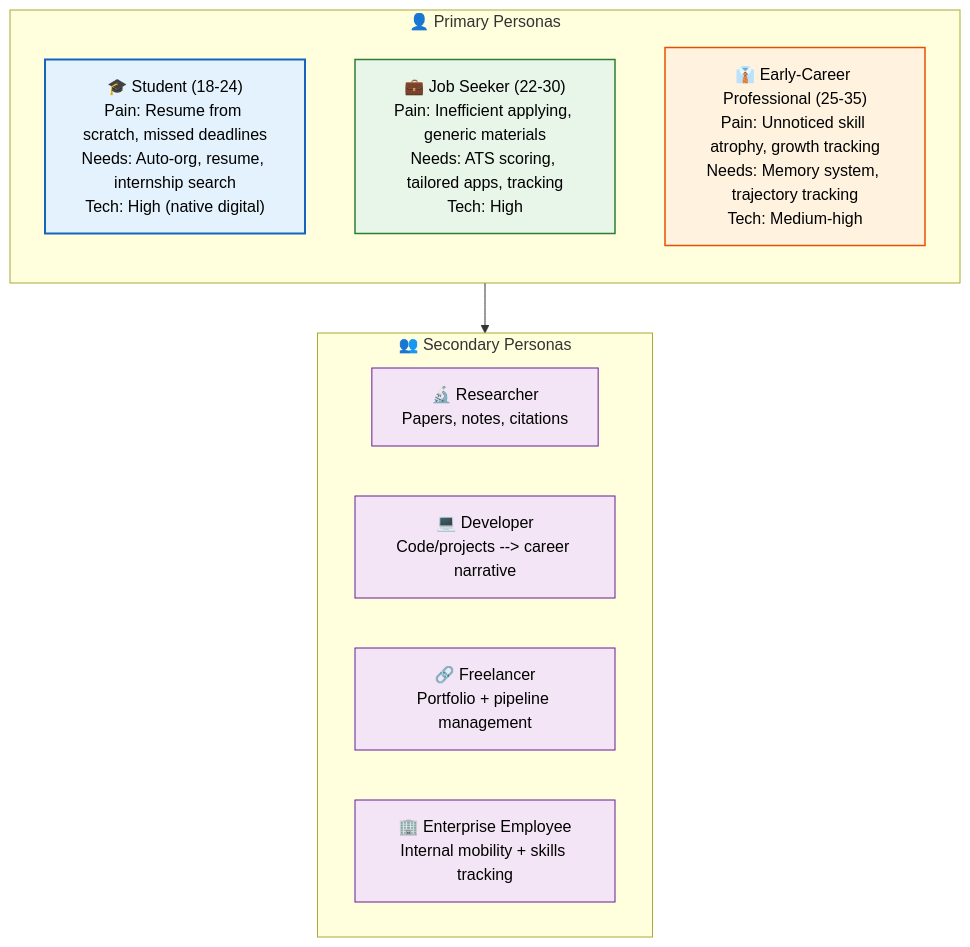
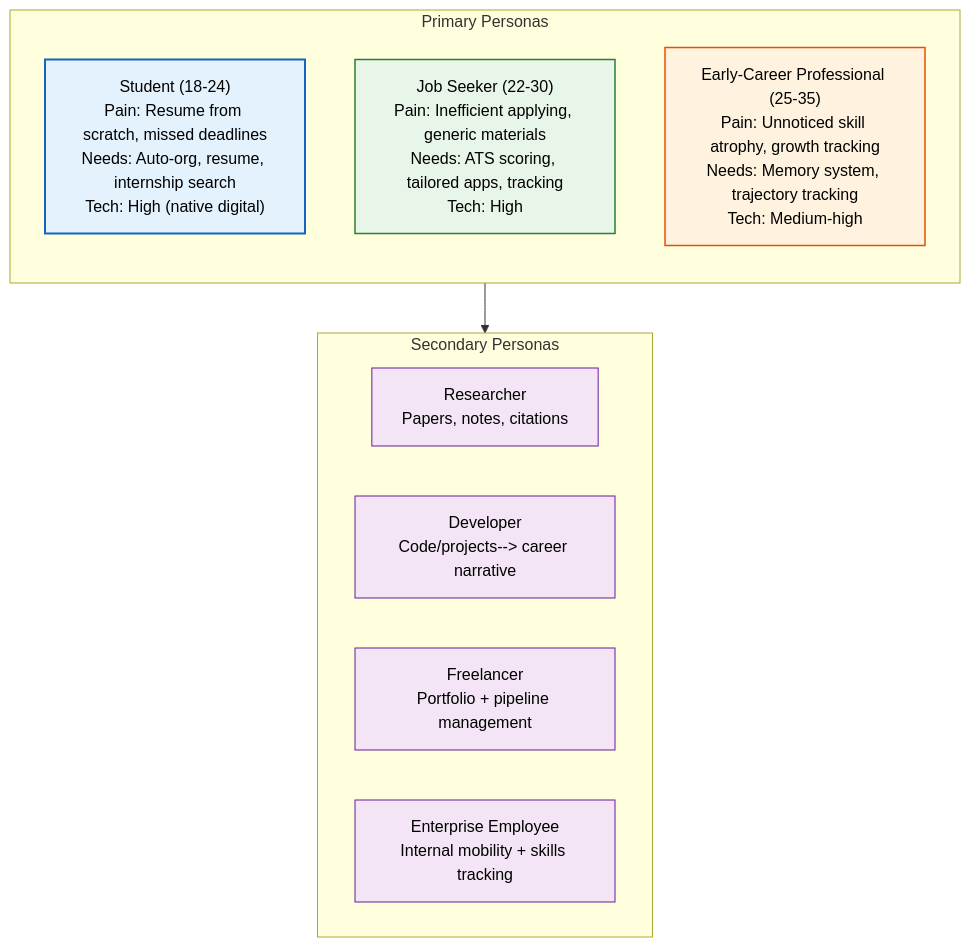
The diagram in docs/product/User-Personas.md (Driftloom/Vaeloom), drawn with Mermaid before and after one commit. The commit also changed 694 other files, not shown here.

First line of the commit message:
docs: mermaid standardization — encoding/mermaid/duplicate cleanup

````diff
--- a/docs/product/User-Personas.md
+++ b/docs/product/User-Personas.md
@@ -8,28 +8,28 @@
 ```mermaid
 graph TD
-    classDef student fill:#e3f2fd,stroke:#1565c0,color:#000,stroke-width:2px
-    classDef seeker fill:#e8f5e9,stroke:#2e7d32,color:#000,stroke-width:1.5px
-    classDef prof fill:#fff3e0,stroke:#e65100,color:#000,stroke-width:1.5px
-    classDef second fill:#f3e5f5,stroke:#6a1b9a,color:#000,stroke-width:1px
+ classDef student fill:#e3f2fd,stroke:#1565c0,color:#000,stroke-width:2px
+ classDef seeker fill:#e8f5e9,stroke:#2e7d32,color:#000,stroke-width:1.5px
+ classDef prof fill:#fff3e0,stroke:#e65100,color:#000,stroke-width:1.5px
+ classDef second fill:#f3e5f5,stroke:#6a1b9a,color:#000,stroke-width:1px
 
-    subgraph Primary["👤 Primary Personas"]
-        direction TB
-        S["🎓 Student (18-24)<br/>Pain: Resume from scratch, missed deadlines<br/>Needs: Auto-org, resume, internship search<br/>Tech: High (native digital)"]
-        J["💼 Job Seeker (22-30)<br/>Pain: Inefficient applying, generic materials<br/>Needs: ATS scoring, tailored apps, tracking<br/>Tech: High"]
-        P["👔 Early-Career Professional (25-35)<br/>Pain: Unnoticed skill atrophy, growth tracking<br/>Needs: Memory system, trajectory tracking<br/>Tech: Medium-high"]
-    end
+ subgraph Primary["Primary Personas"]
+ direction TB
+ S["Student (18-24)<br/>Pain: Resume from scratch, missed deadlines<br/>Needs: Auto-org, resume, internship search<br/>Tech: High (native digital)"]
+ J["Job Seeker (22-30)<br/>Pain: Inefficient applying, generic materials<br/>Needs: ATS scoring, tailored apps, tracking<br/>Tech: High"]
+ P["Early-Career Professional (25-35)<br/>Pain: Unnoticed skill atrophy, growth tracking<br/>Needs: Memory system, trajectory tracking<br/>Tech: Medium-high"]
+ end
 
-    subgraph Secondary["👥 Secondary Personas"]
-        R["🔬 Researcher<br/>Papers, notes, citations"]
-        D["💻 Developer<br/>Code/projects --> career narrative"]
-        F["🔗 Freelancer<br/>Portfolio + pipeline management"]
-        E["🏢 Enterprise Employee<br/>Internal mobility + skills tracking"]
-    end
+ subgraph Secondary["Secondary Personas"]
+ R["Researcher<br/>Papers, notes, citations"]
+ D["Developer<br/>Code/projects--> career narrative"]
+ F["Freelancer<br/>Portfolio + pipeline management"]
+ E["Enterprise Employee<br/>Internal mobility + skills tracking"]
+ end
 
-    Primary --> Secondary
+ Primary--> Secondary
 
-    class S student
-    class J seeker
-    class P prof
-    class R,D,F,E second
+ class S student
+ class J seeker
+ class P prof
+ class R,D,F,E second
 ```
````
